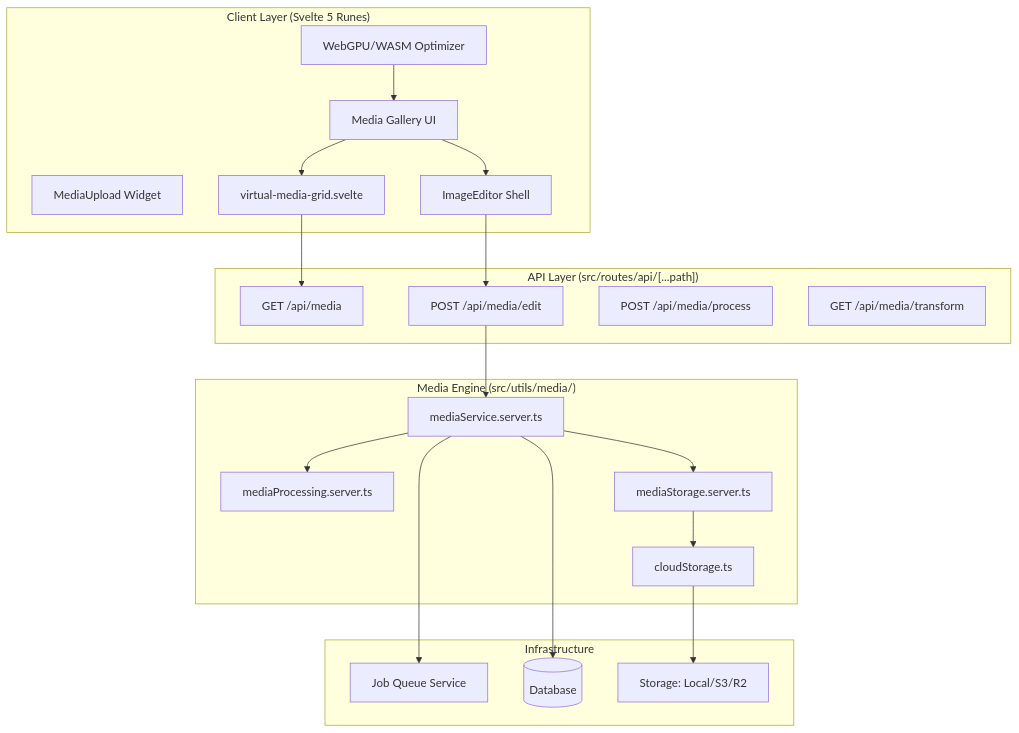
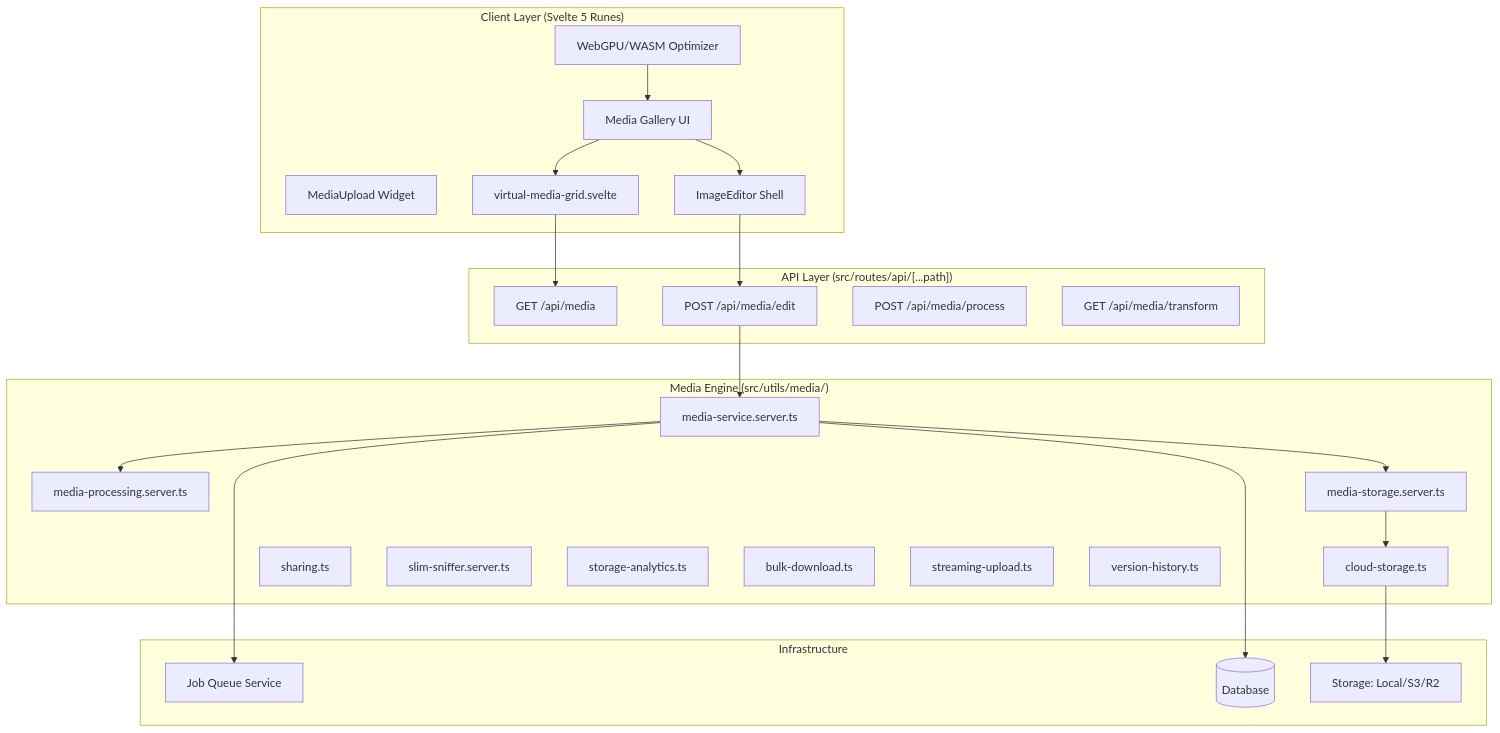
One commit to SveltyCMS/SveltyCMS changed the diagram in docs/architecture/media-system.mdx. Above: the diagram before and after it, drawn with Mermaid. The commit also changed other lines of this file and 85 other files, not shown here.

````diff
--- a/docs/architecture/media-system.mdx
+++ b/docs/architecture/media-system.mdx
@@ -28,43 +28,49 @@
 ```mermaid
 graph TB
     subgraph "Client Layer (Svelte 5 Runes)"
         UI[Media Gallery UI]
         UW[MediaUpload Widget]
         VGRID[virtual-media-grid.svelte]
         EDITOR[ImageEditor Shell]
         WGPU[WebGPU/WASM Optimizer]
     end
 
     subgraph "API Layer (src/routes/api/[...path])"
         API1[GET /api/media]
         API2[POST /api/media/edit]
         API3[POST /api/media/process]
         API4[GET /api/media/transform]
     end
 
     subgraph "Media Engine (src/utils/media/)"
-        MS[mediaService.server.ts]
-        MPS[mediaProcessing.server.ts]
-        MST[mediaStorage.server.ts]
-        CS[cloudStorage.ts]
+        MS[media-service.server.ts]
+        MPS[media-processing.server.ts]
+        MST[media-storage.server.ts]
+        CS[cloud-storage.ts]
+        SHARING[sharing.ts]
+        SNIFF[slim-sniffer.server.ts]
+        ANALYTICS[storage-analytics.ts]
+        BULK[bulk-download.ts]
+        STREAM[streaming-upload.ts]
+        VERSIONS[version-history.ts]
     end
 
     subgraph "Infrastructure"
         JOBS[Job Queue Service]
         DB[(Database)]
         STORE[Storage: Local/S3/R2]
     end
 
     UI --> VGRID
     VGRID --> API1
     UI --> EDITOR
     WGPU --> UI
     EDITOR --> API2
     API2 --> MS
     MS --> MPS
     MS --> MST
     MST --> CS
     MS --> JOBS
     MS --> DB
     CS --> STORE
 ```
````
